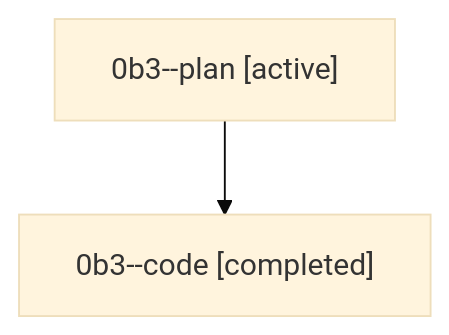
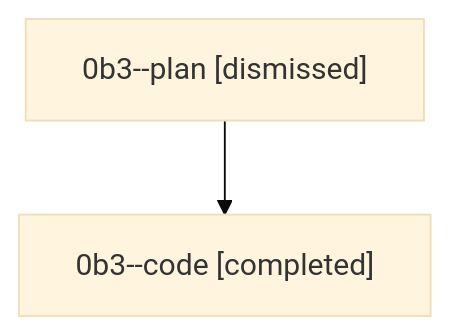
One commit to sase-org/sase--agents changed the diagram in sessions/bbugyi200.athena.0b3.md. Above: the diagram before and after it, drawn with Mermaid (base theme). The commit also changed other lines of this file and 29 other files, not shown here.

````diff
--- a/sessions/bbugyi200.athena.0b3.md
+++ b/sessions/bbugyi200.athena.0b3.md
@@ -9,6 +9,6 @@
 ```mermaid
 flowchart TD
-  n0["0b3--plan [active]"]
+  n0["0b3--plan [dismissed]"]
   n1["0b3--code [completed]"]
   n0 --> n1
 ```
````
